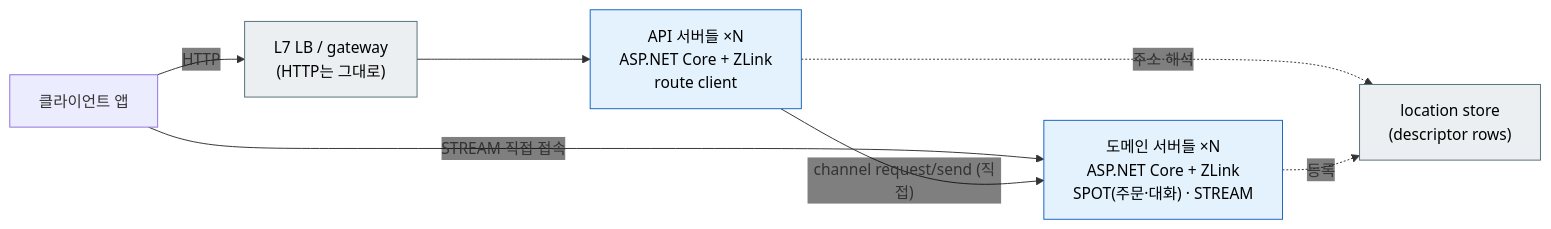
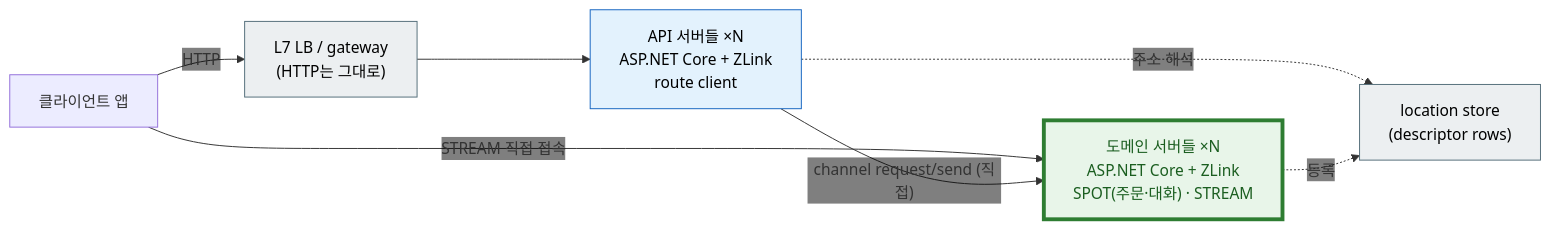
The seventh of 11 diagrams in framework/doc/framework/dotnet/guide/01-overview.ko.md (kairos-code-dev/zlink), drawn with Mermaid before and after one commit. The commit also changed other lines of this file, not shown here.

First line of the commit message:
docs(dotnet-guide): update overview with real API/samples and add ZLink-topology diagrams

````diff
--- a/framework/doc/framework/dotnet/guide/01-overview.ko.md
+++ b/framework/doc/framework/dotnet/guide/01-overview.ko.md
@@ -291,18 +426,19 @@
 ```mermaid
 %%{init: {'themeVariables': {'edgeLabelBackground':'transparent'}}}%%
 flowchart LR
     Client2["클라이언트 앱"]
     LB2["L7 LB / gateway<br/>(HTTP는 그대로)"]:::infra
     Api2["API 서버들 ×N<br/>ASP.NET Core + ZLink<br/>route client"]:::app
-    Dom2["도메인 서버들 ×N<br/>ASP.NET Core + ZLink<br/>SPOT(주문·대화) · STREAM"]:::app
+    Dom2["도메인 서버들 ×N<br/>ASP.NET Core + ZLink<br/>SPOT(주문·대화) · STREAM"]:::spot
     Store["location store<br/>(descriptor rows)"]:::infra
 
     Client2 -- "HTTP" --> LB2 --> Api2
     Client2 -- "STREAM 직접 접속" --> Dom2
     Api2 -- "channel request/send (직접)" --> Dom2
     Api2 -.->|"주소 해석"| Store
     Dom2 -.->|"등록"| Store
 
     classDef app fill:#e3f2fd,stroke:#1565c0,color:#000000
     classDef infra fill:#eceff1,stroke:#546e7a,color:#000000
+    classDef spot fill:#e8f5e9,stroke:#2e7d32,stroke-width:4px,color:#1b5e20
 ```
````
